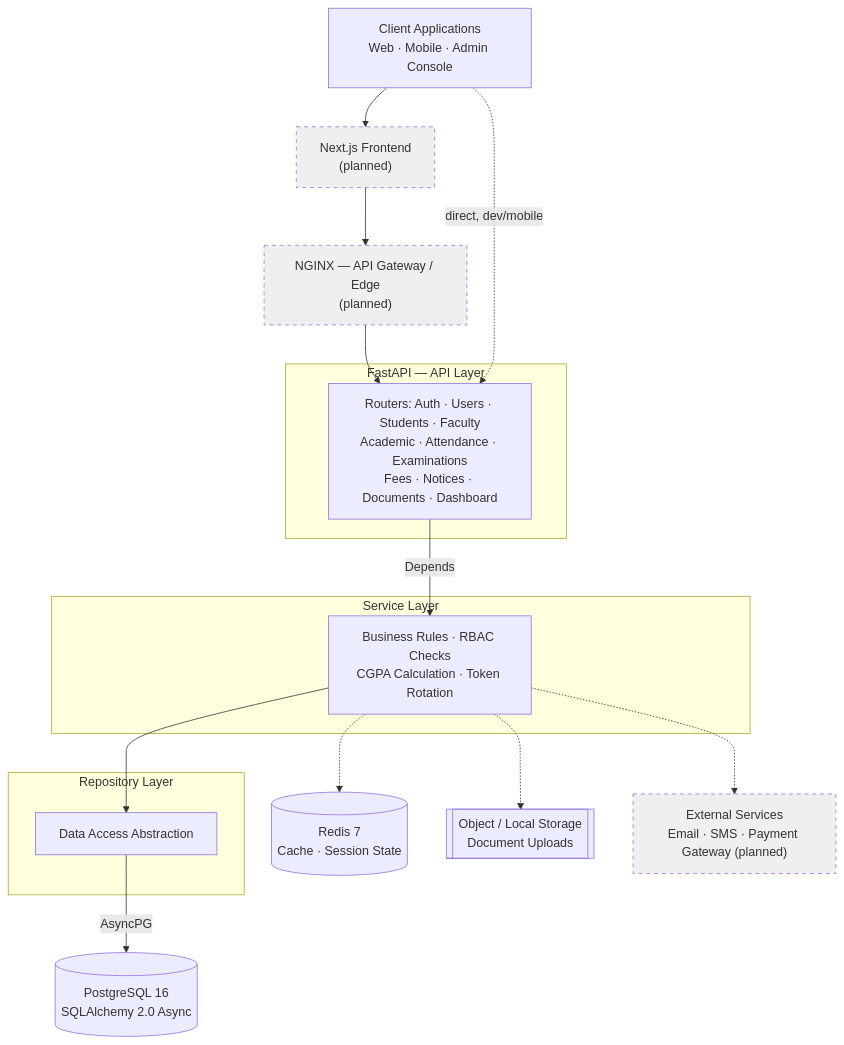
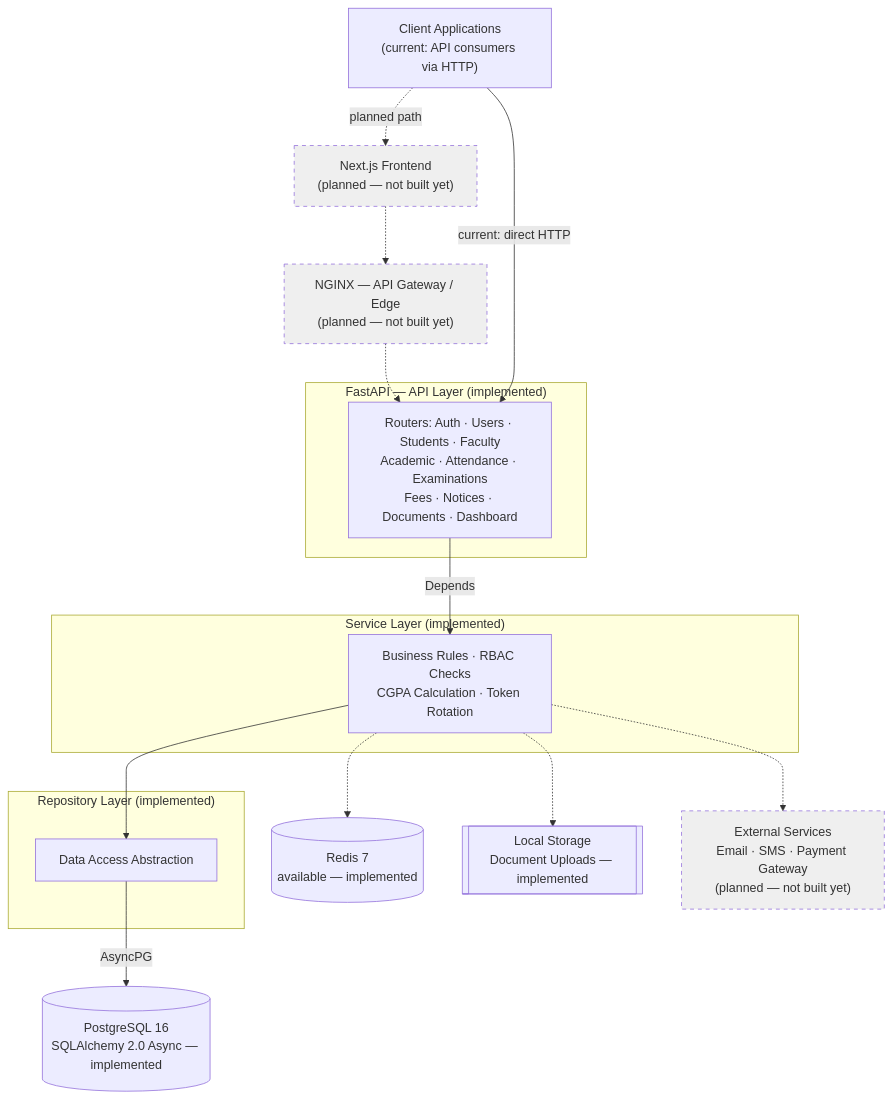
The first of 3 diagrams in README.md (yogesh-kumar-sharma/campus-os-erp), drawn with Mermaid before and after one commit. The commit also changed other lines of this file, not shown here.

````diff
--- a/README.md
+++ b/README.md
@@ -195,34 +208,34 @@
 ```mermaid
 flowchart TD
-    Client["Client Applications<br/>Web · Mobile · Admin Console"]
-    Next["Next.js Frontend<br/>(planned)"]
-    Gateway["NGINX — API Gateway / Edge<br/>(planned)"]
+    Client["Client Applications<br/>(current: API consumers via HTTP)"]
+    Next["Next.js Frontend<br/>(planned — not built yet)"]
+    Gateway["NGINX — API Gateway / Edge<br/>(planned — not built yet)"]
 
-    subgraph API["FastAPI — API Layer"]
+    subgraph API["FastAPI — API Layer (implemented)"]
         Routes["Routers: Auth · Users · Students · Faculty<br/>Academic · Attendance · Examinations<br/>Fees · Notices · Documents · Dashboard"]
     end
 
-    subgraph SVC["Service Layer"]
+    subgraph SVC["Service Layer (implemented)"]
         Services["Business Rules · RBAC Checks<br/>CGPA Calculation · Token Rotation"]
     end
 
-    subgraph REPO["Repository Layer"]
+    subgraph REPO["Repository Layer (implemented)"]
         Repos["Data Access Abstraction"]
     end
 
-    DB[(PostgreSQL 16<br/>SQLAlchemy 2.0 Async)]
-    Cache[(Redis 7<br/>Cache · Session State)]
-    Storage[["Object / Local Storage<br/>Document Uploads"]]
-    External["External Services<br/>Email · SMS · Payment Gateway (planned)"]
+    DB[(PostgreSQL 16<br/>SQLAlchemy 2.0 Async — implemented)]
+    Cache[(Redis 7<br/>available — implemented)]
+    Storage[["Local Storage<br/>Document Uploads — implemented"]]
+    External["External Services<br/>Email · SMS · Payment Gateway<br/>(planned — not built yet)"]
 
-    Client --> Next --> Gateway --> Routes
-    Client -.->|direct, dev/mobile| Routes
+    Client -.->|planned path| Next -.-> Gateway -.-> Routes
+    Client -->|current: direct HTTP| Routes
     Routes -->|Depends| Services --> Repos -->|AsyncPG| DB
     Services -.-> Cache
     Services -.-> Storage
     Services -.-> External
 
     style Next fill:#00000010,stroke-dasharray: 5 5
     style Gateway fill:#00000010,stroke-dasharray: 5 5
     style External fill:#00000010,stroke-dasharray: 5 5
 ```
````
